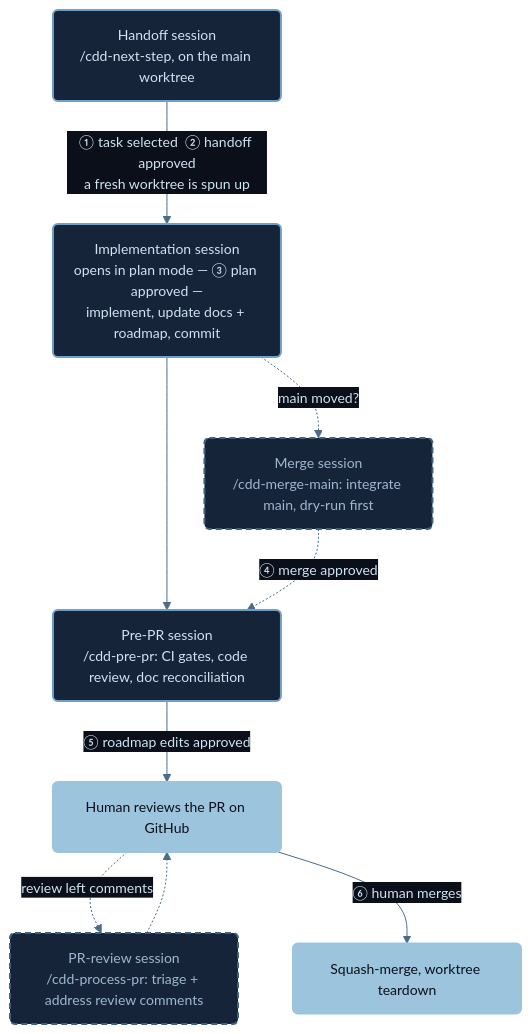
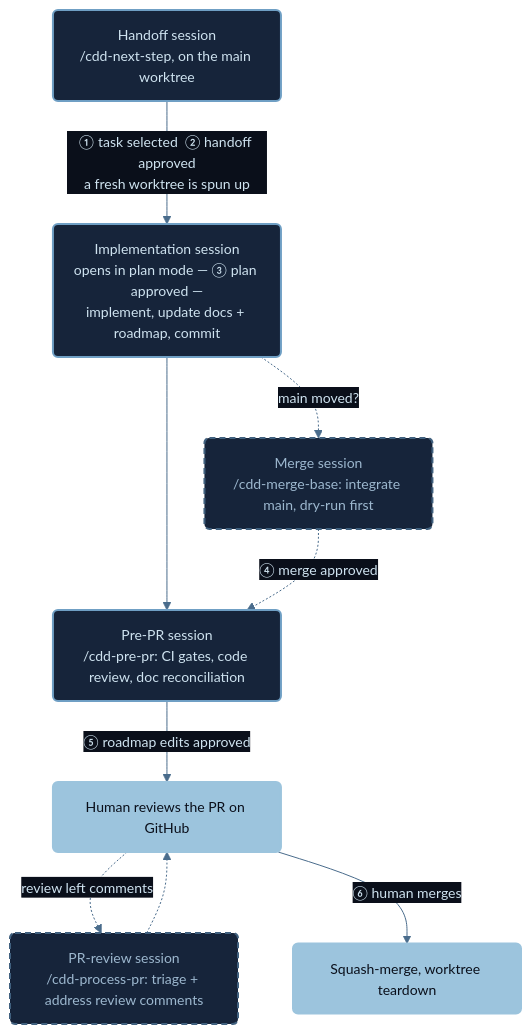
One commit to drabaioli/cdd changed the first of 2 diagrams in README.md. Above: the diagram before and after it, drawn with Mermaid. The commit also changed 23 other files, not shown here.

First line of the commit message:
Dynamic default branch, /cdd-merge-base rename, CamelCase PROJECT_DIR (#31)

````diff
--- a/README.md
+++ b/README.md
@@ -16,24 +16,24 @@
 ```mermaid
 %%{init: {'theme':'base', 'themeVariables': {'background':'#0a0f1a', 'primaryColor':'#16243a', 'primaryTextColor':'#cfe3f0', 'primaryBorderColor':'#6f9fc4', 'lineColor':'#4a6c8c', 'textColor':'#b9d2e6', 'edgeLabelBackground':'#0a0f1a', 'fontFamily':'Poppins, Verdana, Helvetica, Arial, sans-serif', 'fontSize':'14px'}, 'flowchart': {'curve':'basis', 'padding':14, 'nodeSpacing':55, 'rankSpacing':60}}}%%
 flowchart TD
     NS("Handoff session<br>/cdd-next-step, on the main worktree"):::agent
     IMPL("Implementation session<br>opens in plan mode — ③ plan approved —<br>implement, update docs + roadmap, commit"):::agent
-    MM("Merge session<br>/cdd-merge-main: integrate main, dry-run first"):::opt
+    MM("Merge session<br>/cdd-merge-base: integrate main, dry-run first"):::opt
     PP("Pre-PR session<br>/cdd-pre-pr: CI gates, code review, doc reconciliation"):::agent
     REV("Human reviews the PR on GitHub"):::human
     PPR("PR-review session<br>/cdd-process-pr: triage + address review comments"):::opt
     DONE("Squash-merge, worktree teardown"):::human
 
     NS -->|"  ① task selected  ② handoff approved<br>a fresh worktree is spun up  "| IMPL
     IMPL --> PP
     IMPL -.->|"  main moved?  "| MM
     MM -.->|"  ④ merge approved  "| PP
     PP -->|"  ⑤ roadmap edits approved  "| REV
     REV -.->|"  review left comments  "| PPR
     PPR -.-> REV
     REV -->|"  ⑥ human merges  "| DONE
 
     classDef agent fill:#16243a,stroke:#6f9fc4,color:#cfe3f0,stroke-width:2px
     classDef opt fill:#16243a,stroke:#41617f,color:#9db8cf,stroke-width:2px,stroke-dasharray: 6 4
     classDef human fill:#9cc4dd,stroke:#9cc4dd,color:#0a0f1a,stroke-width:2px
 ```
````
